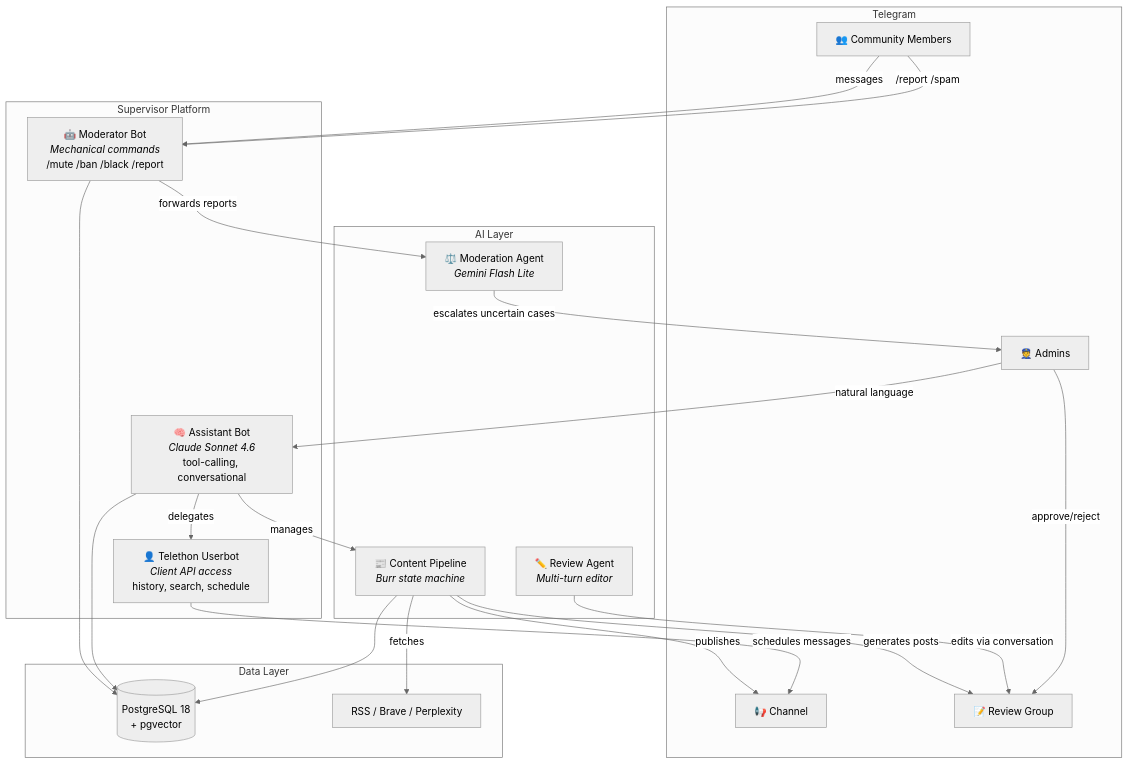
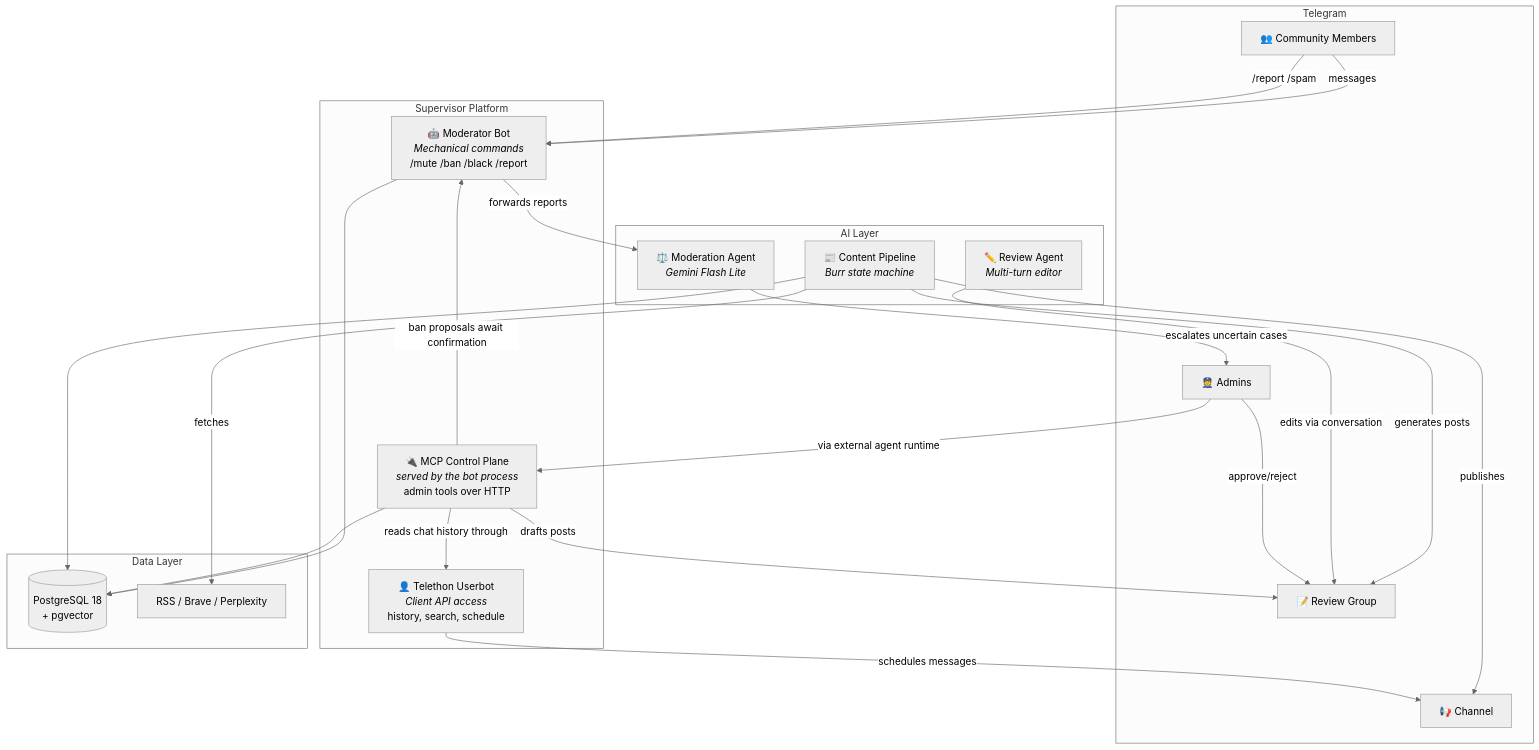
The first of 4 diagrams in README.md (vsem-azamat/supervisor-telegram), drawn with Mermaid (neutral theme) before and after one commit. The commit also changed other lines of this file and 49 other files, not shown here.

````diff
--- a/README.md
+++ b/README.md
@@ -54,43 +54,44 @@
 ```mermaid
 graph TB
     subgraph Telegram["Telegram"]
         Users["👥 Community Members"]
         Admins["👮 Admins"]
         Channel["📢 Channel"]
         ReviewGroup["📝 Review Group"]
     end
 
     subgraph System["Supervisor Platform"]
         ModBot["🤖 Moderator Bot<br/><i>Mechanical commands</i><br/>/mute /ban /black /report"]
-        Assistant["🧠 Assistant Bot<br/><i>Claude Sonnet 4.6</i><br/>tool-calling, conversational"]
+        MCP["🔌 MCP Control Plane<br/><i>served by the bot process</i><br/>admin tools over HTTP"]
         Userbot["👤 Telethon Userbot<br/><i>Client API access</i><br/>history, search, schedule"]
     end
 
     subgraph AI["AI Layer"]
         ModAgent["⚖️ Moderation Agent<br/><i>Gemini Flash Lite</i>"]
         Pipeline["📰 Content Pipeline<br/><i>Burr state machine</i>"]
         ReviewAgent["✏️ Review Agent<br/><i>Multi-turn editor</i>"]
     end
 
     subgraph Data["Data Layer"]
         PG[("PostgreSQL 18<br/>+ pgvector")]
         Sources["RSS / Brave / Perplexity"]
     end
 
     Users -->|messages| ModBot
     Users -->|/report /spam| ModBot
-    Admins -->|natural language| Assistant
+    Admins -->|via external agent runtime| MCP
     ModBot -->|forwards reports| ModAgent
     ModAgent -->|escalates uncertain cases| Admins
-    Assistant -->|manages| Pipeline
+    MCP -->|drafts posts| ReviewGroup
+    MCP -->|ban proposals await confirmation| ModBot
+    MCP -->|reads chat history through| Userbot
     Pipeline -->|fetches| Sources
     Pipeline -->|generates posts| ReviewGroup
     ReviewAgent -->|edits via conversation| ReviewGroup
     Admins -->|approve/reject| ReviewGroup
     Pipeline -->|publishes| Channel
     Userbot -->|schedules messages| Channel
-    Assistant -->|delegates| Userbot
     ModBot --> PG
-    Assistant --> PG
+    MCP --> PG
     Pipeline --> PG
 ```
````
